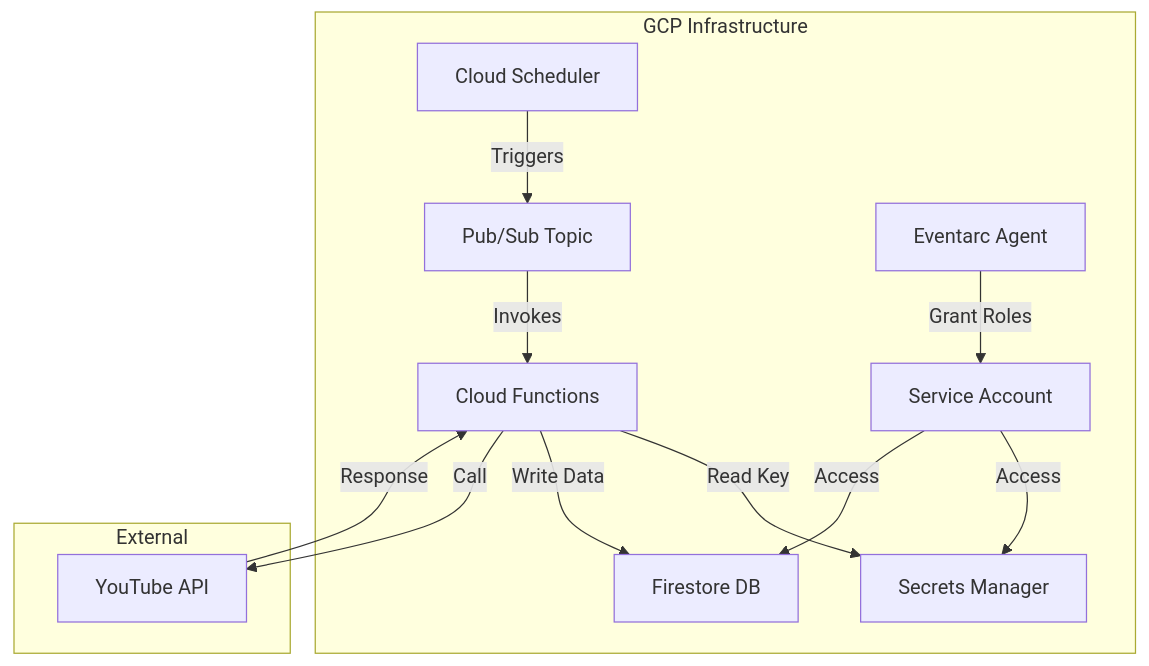
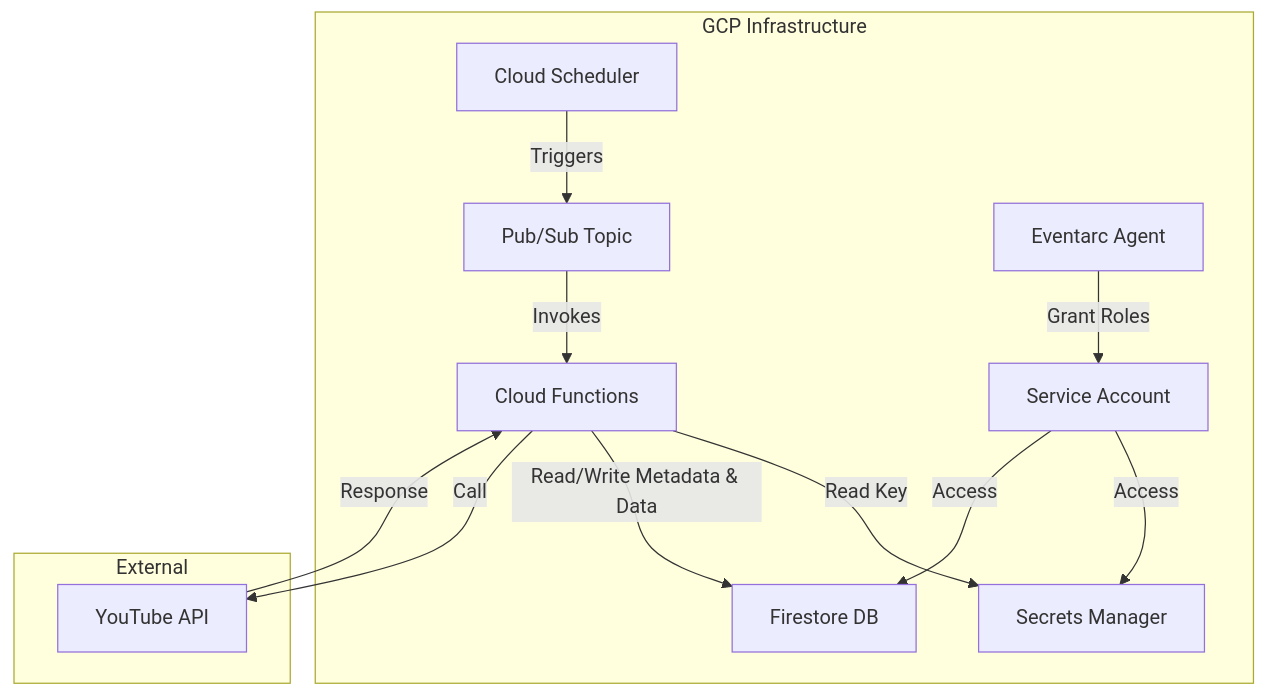
One commit to nothink-jp/suzumina.click changed the diagram in docs/AUDIO_BUTTON_PLAN.md. Above: the diagram before and after it, drawn with Mermaid. The commit also changed other lines of this file and 5 other files, not shown here.

````diff
--- a/docs/AUDIO_BUTTON_PLAN.md
+++ b/docs/AUDIO_BUTTON_PLAN.md
@@ -9,23 +9,24 @@
 ```mermaid
 graph TD
     subgraph "GCP Infrastructure"
         Scheduler["Cloud Scheduler"] -->|Triggers| PubSub["Pub/Sub Topic"]
         PubSub -->|Invokes| Functions["Cloud Functions"]
         Functions -->|Read Key| Secrets["Secrets Manager"]
-        Functions -->|Write Data| Firestore["Firestore DB"]
+        Functions -->|Read/Write Metadata & Data| Firestore["Firestore DB"]
         ServiceAccount["Service Account"] -->|Access| Secrets
         ServiceAccount -->|Access| Firestore
         EventarcAgent["Eventarc Agent"] -->|Grant Roles| ServiceAccount
     end
 
     subgraph "External"
         Functions -->|Call| YouTubeAPI["YouTube API"]
         YouTubeAPI -->|Response| Functions
     end
 
     %% 注記
     %% Scheduler: 1時間に1回実行
     %% PubSub Topic: youtube-video-fetch-trigger
     %% Functions: fetchYouTubeVideos
-    %% ServiceAccount Roles: iam.serviceAccountTokenCreator, eventarc.eventReceiver, run.invoker
+    %% Firestore Collections: videos, youtubeMetadata
+    %% ServiceAccount Roles: iam.serviceAccountTokenCreator, eventarc.eventReceiver, run.invoker, datastore.user, secretmanager.secretAccessor
 ```
````
